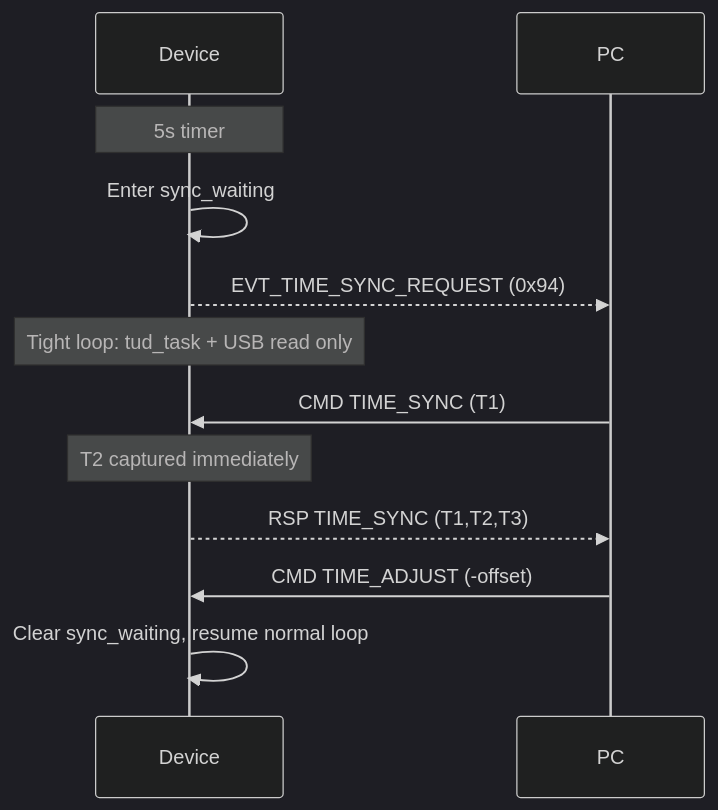
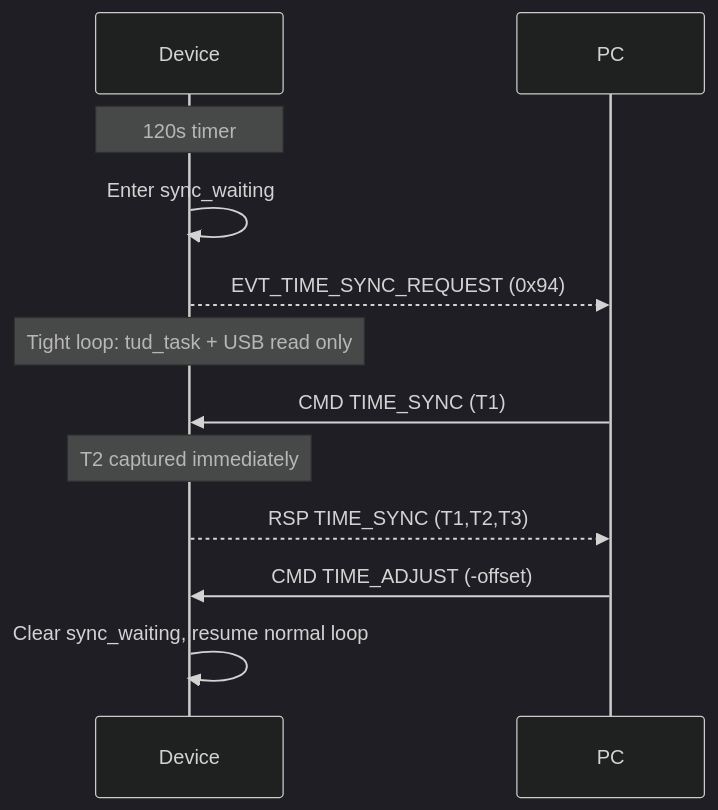
The second of 2 diagrams in docs/device/time_sync.md (bugparty/powermonitor), drawn with Mermaid (dark theme) before and after one commit. The commit also changed 28 other files, not shown here.

````diff
--- a/docs/device/time_sync.md
+++ b/docs/device/time_sync.md
@@ -256,14 +256,14 @@
 ```mermaid
 sequenceDiagram
     participant D as Device
     participant PC as PC
-    Note over D: 5s timer
+    Note over D: 120s timer
     D->>D: Enter sync_waiting
     D-->>PC: EVT_TIME_SYNC_REQUEST (0x94)
     Note over D: Tight loop: tud_task + USB read only
     PC->>D: CMD TIME_SYNC (T1)
     Note over D: T2 captured immediately
     D-->>PC: RSP TIME_SYNC (T1,T2,T3)
     PC->>D: CMD TIME_ADJUST (-offset)
     D->>D: Clear sync_waiting, resume normal loop
 ```
````
